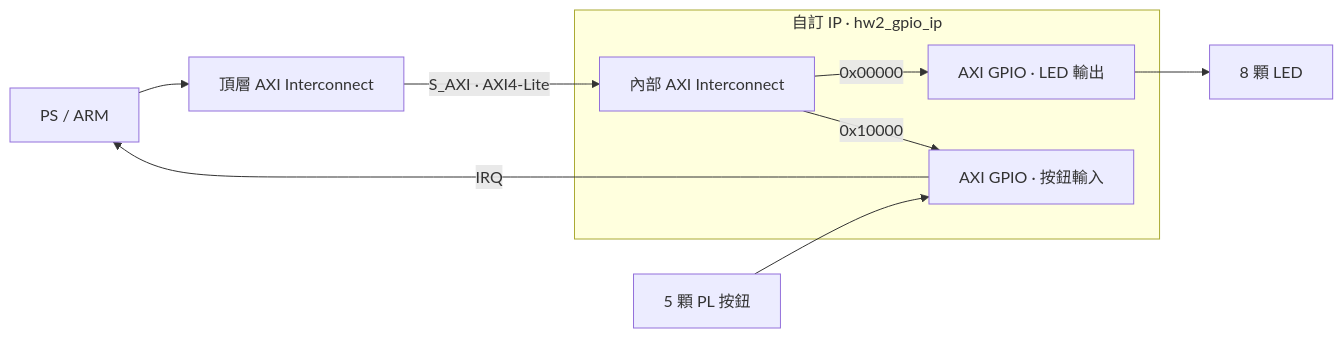
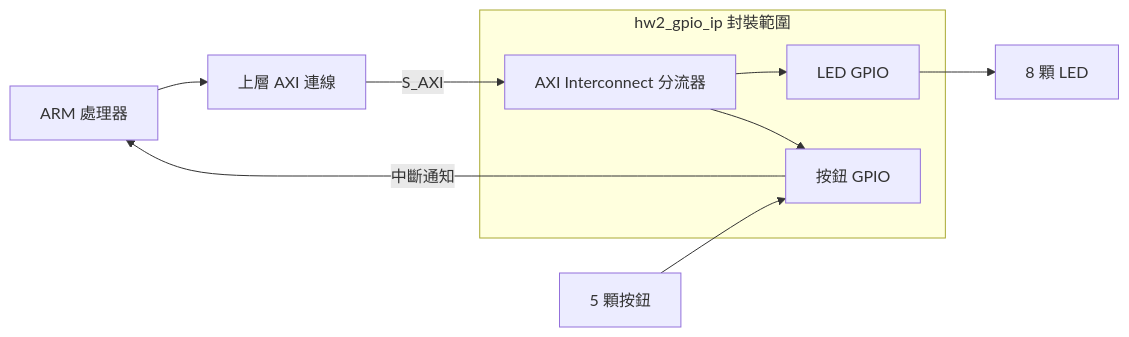
One commit to f115112124/EGO-XZ7-HW2.1 changed the diagram in README.md. Above: the diagram before and after it, drawn with Mermaid. The commit also changed other lines of this file, not shown here.

````diff
--- a/README.md
+++ b/README.md
@@ -7,13 +13,13 @@
 ```mermaid
 flowchart LR
-  ARM["PS / ARM"] --> TOP["頂層 AXI Interconnect"]
-  subgraph IP["自訂 IP · hw2_gpio_ip"]
-    ROUTE["內部 AXI Interconnect"]
-    ROUTE -->|"0x00000"| LG["AXI GPIO · LED 輸出"]
-    ROUTE -->|"0x10000"| BG["AXI GPIO · 按鈕輸入"]
+  ARM["ARM 處理器"] --> TOP["上層 AXI 連線"]
+  subgraph IP["hw2_gpio_ip 封裝範圍"]
+    ROUTE["AXI Interconnect 分流器"]
+    ROUTE --> LG["LED GPIO"]
+    ROUTE --> BG["按鈕 GPIO"]
   end
-  TOP -->|"S_AXI · AXI4-Lite"| ROUTE
+  TOP -->|"S_AXI"| ROUTE
   LG --> LED["8 顆 LED"]
-  BTN["5 顆 PL 按鈕"] --> BG
-  BG -->|"IRQ"| ARM
+  BTN["5 顆按鈕"] --> BG
+  BG -->|"中斷通知"| ARM
 ```
````
